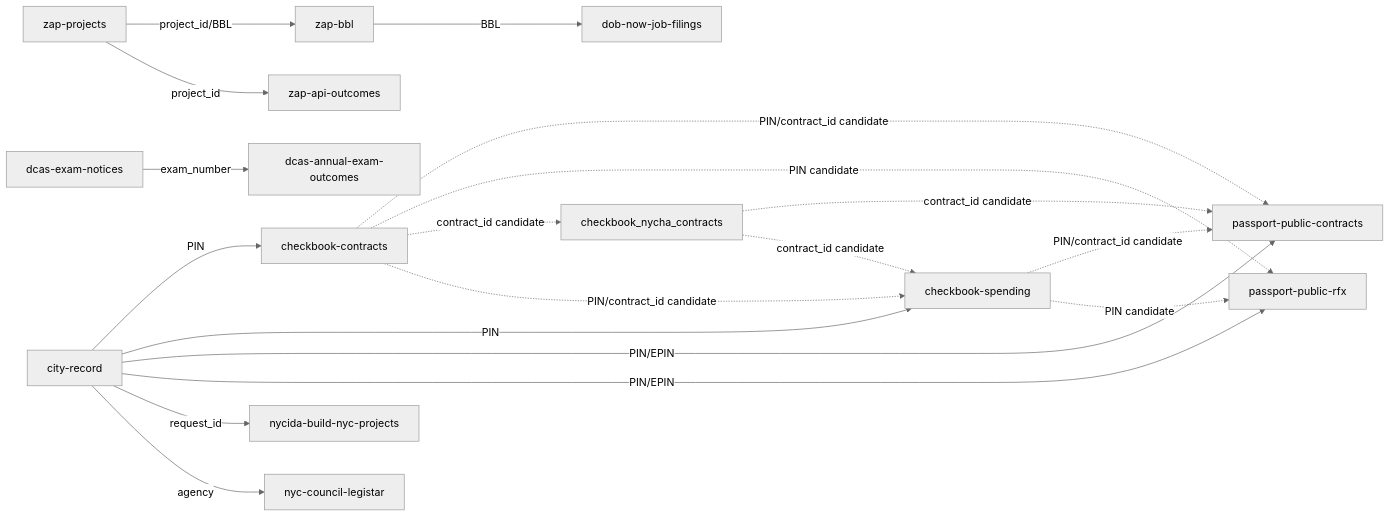
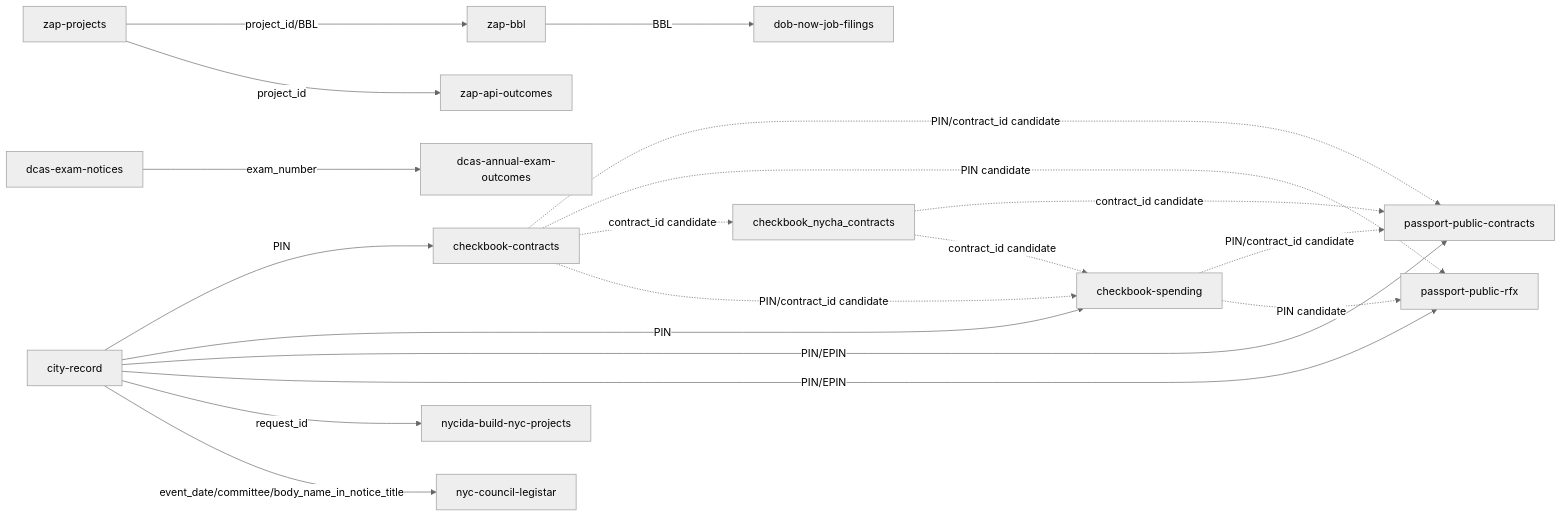
Before and after one commit to cityscroll/cityscroll-app: the diagram in docs/gap-taxonomy.md, drawn with Mermaid (neutral theme). The commit also changed other lines of this file and 30 other files, not shown here.

First line of the commit message:
Ship Legistar edge materialization for Council meeting outcomes

````diff
--- a/docs/gap-taxonomy.md
+++ b/docs/gap-taxonomy.md
@@ -115,21 +115,21 @@
 ```mermaid
 graph LR
   city_record[city-record] -->|PIN| checkbook_contracts[checkbook-contracts]
   city_record[city-record] -->|PIN| checkbook_spending[checkbook-spending]
   city_record[city-record] -->|PIN/EPIN| passport_public_contracts[passport-public-contracts]
   city_record[city-record] -->|PIN/EPIN| passport_public_rfx[passport-public-rfx]
   city_record[city-record] -->|request_id| nycida_build_nyc_projects[nycida-build-nyc-projects]
-  city_record[city-record] -->|agency| nyc_council_legistar[nyc-council-legistar]
+  city_record[city-record] -->|event_date/committee/body_name_in_notice_title| nyc_council_legistar[nyc-council-legistar]
   dcas_exam_notices[dcas-exam-notices] -->|exam_number| dcas_annual_exam_outcomes[dcas-annual-exam-outcomes]
   zap_bbl[zap-bbl] -->|BBL| dob_now_job_filings[dob-now-job-filings]
   zap_projects[zap-projects] -->|project_id/BBL| zap_bbl[zap-bbl]
   zap_projects[zap-projects] -->|project_id| zap_api_outcomes[zap-api-outcomes]
   checkbook_contracts-.->|PIN/contract_id candidate| passport_public_contracts
   checkbook_contracts-.->|PIN candidate| passport_public_rfx
   checkbook_nycha_contracts-.->|contract_id candidate| passport_public_contracts
   checkbook_spending-.->|PIN/contract_id candidate| passport_public_contracts
   checkbook_spending-.->|PIN candidate| passport_public_rfx
   checkbook_contracts-.->|contract_id candidate| checkbook_nycha_contracts
   checkbook_contracts-.->|PIN/contract_id candidate| checkbook_spending
   checkbook_nycha_contracts-.->|contract_id candidate| checkbook_spending
 ```
````
